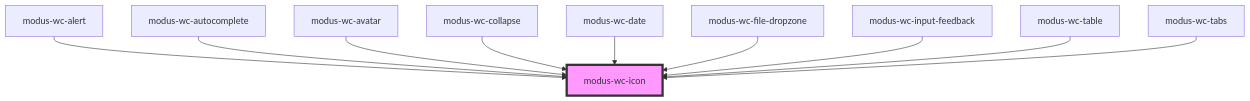
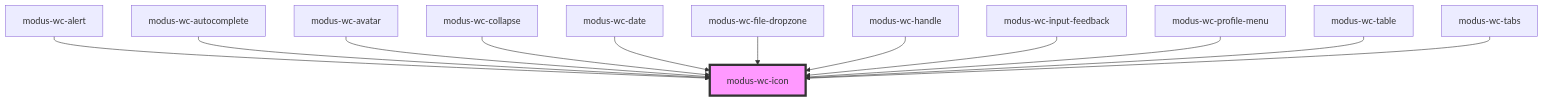
One commit to trimble-oss/modus-wc-2.0 changed the diagram in src/components/modus-wc-icon/readme.md. Above: the diagram before and after it, drawn with Mermaid. The commit also changed other lines of this file and 26 other files, not shown here.

````diff
--- a/src/components/modus-wc-icon/readme.md
+++ b/src/components/modus-wc-icon/readme.md
@@ -40,13 +42,15 @@
 ```mermaid
 graph TD;
   modus-wc-alert --> modus-wc-icon
   modus-wc-autocomplete --> modus-wc-icon
   modus-wc-avatar --> modus-wc-icon
   modus-wc-collapse --> modus-wc-icon
   modus-wc-date --> modus-wc-icon
   modus-wc-file-dropzone --> modus-wc-icon
+  modus-wc-handle --> modus-wc-icon
   modus-wc-input-feedback --> modus-wc-icon
+  modus-wc-profile-menu --> modus-wc-icon
   modus-wc-table --> modus-wc-icon
   modus-wc-tabs --> modus-wc-icon
   style modus-wc-icon fill:#f9f,stroke:#333,stroke-width:4px
 ```
````
